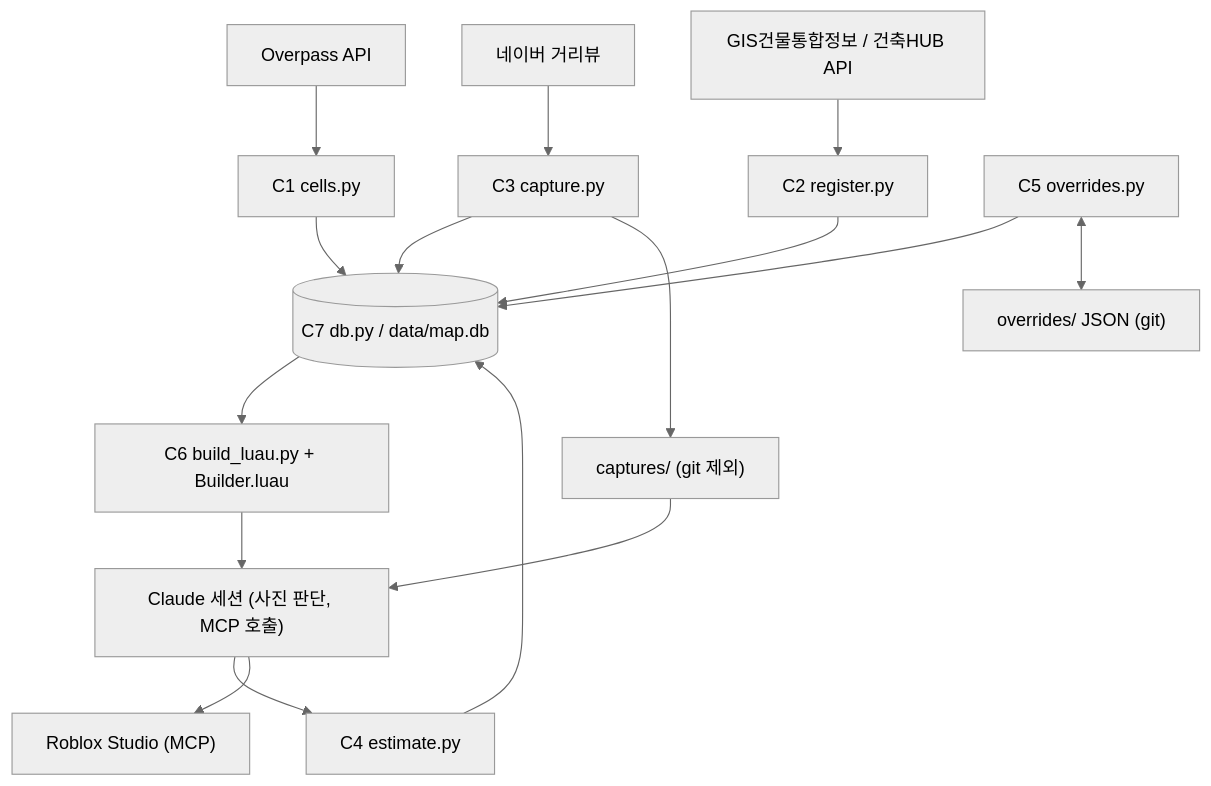
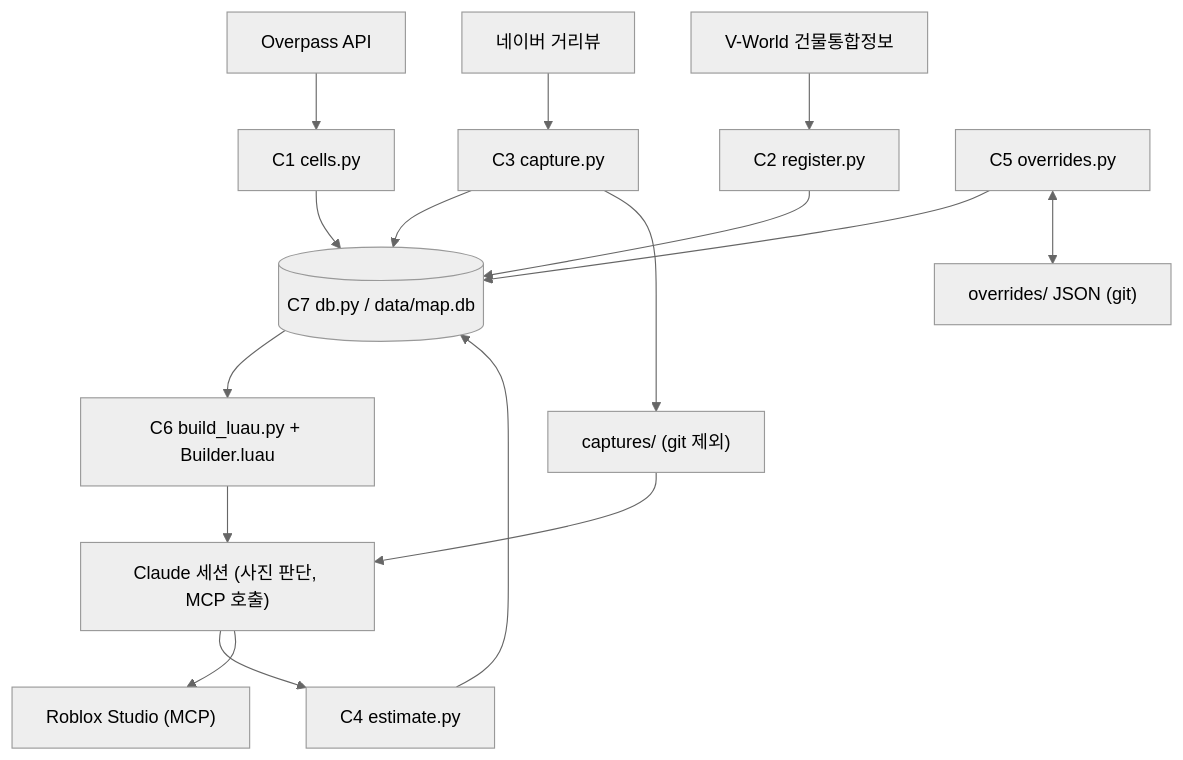
Before and after one commit to Nyam2C/roblox-map: the diagram in aidlc-docs/inception/application-design/application-design.md, drawn with Mermaid (neutral theme). The commit also changed other lines of this file and 6 other files, not shown here.

````diff
--- a/aidlc-docs/inception/application-design/application-design.md
+++ b/aidlc-docs/inception/application-design/application-design.md
@@ -280,34 +278,34 @@
 ```mermaid
 flowchart TD
     OVP["Overpass API"]
-    GIS["GIS건물통합정보 / 건축HUB API"]
+    GIS["V-World 건물통합정보"]
     NAV["네이버 거리뷰"]
     STU["Roblox Studio (MCP)"]
     CL["Claude 세션 (사진 판단, MCP 호출)"]
 
     C1["C1 cells.py"]
     C2["C2 register.py"]
     C3["C3 capture.py"]
     C4["C4 estimate.py"]
     C5["C5 overrides.py"]
     C6["C6 build_luau.py + Builder.luau"]
     C7[("C7 db.py / data/map.db")]
     OVR["overrides/ JSON (git)"]
     CAP["captures/ (git 제외)"]
 
     OVP --> C1
     GIS --> C2
     NAV --> C3
     C1 --> C7
     C2 --> C7
     C3 --> C7
     C3 --> CAP
     C4 --> C7
     C5 --> C7
     C5 <--> OVR
     C7 --> C6
     CAP --> CL
     CL --> C4
     C6 --> CL
     CL --> STU
 ```
````
